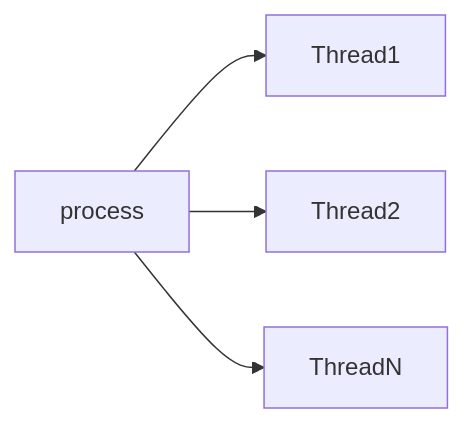
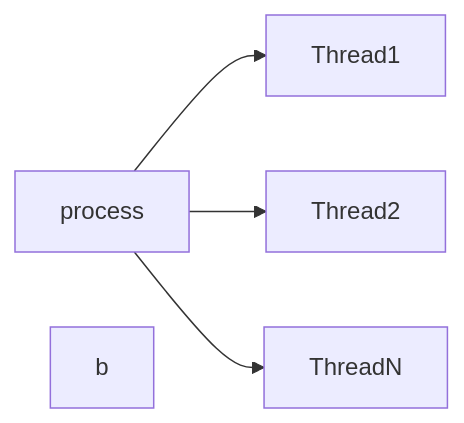
One commit to CaelmBleidd/OS changed the diagram in Mayatin.md. Above: the diagram before and after it, drawn with Mermaid. The commit also changed other lines of this file, not shown here.

````diff
--- a/Mayatin.md
+++ b/Mayatin.md
@@ -187,6 +187,7 @@
 ``` mermaid
 graph LR
 A[process] --> B[Thread1] 
 A[process] --> C[Thread2]
 A[process] --> D[ThreadN]
+b
 ```
````
